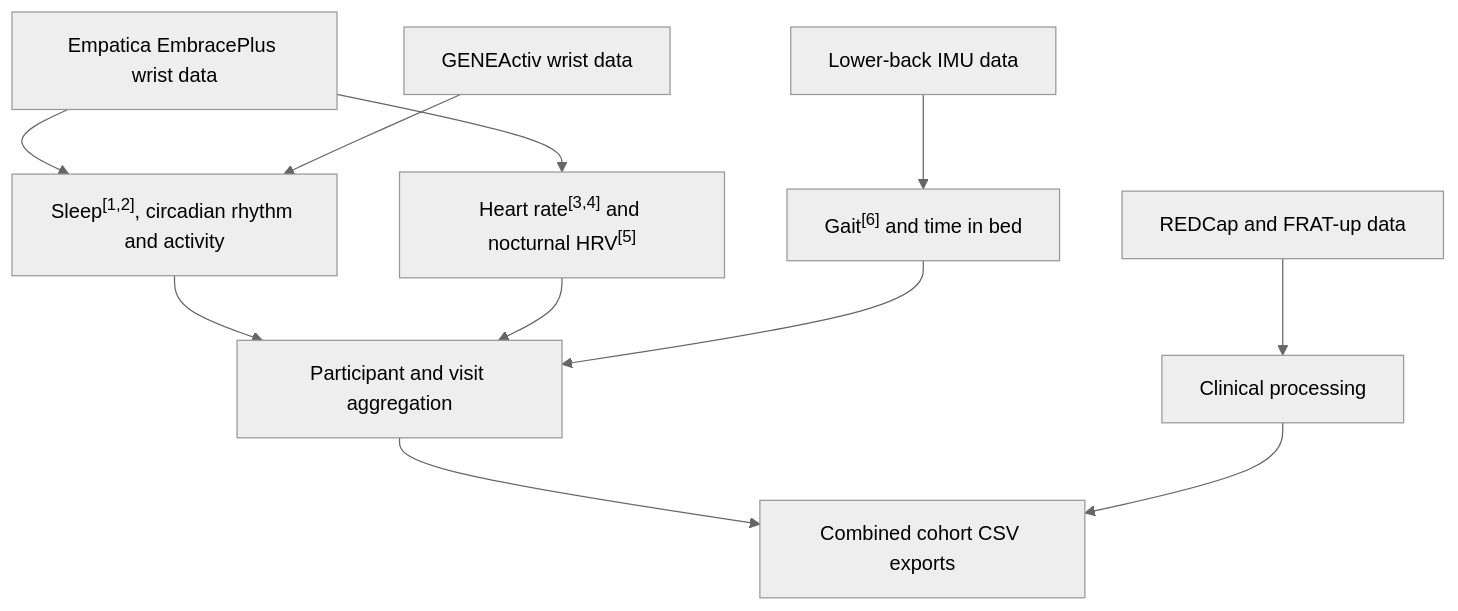
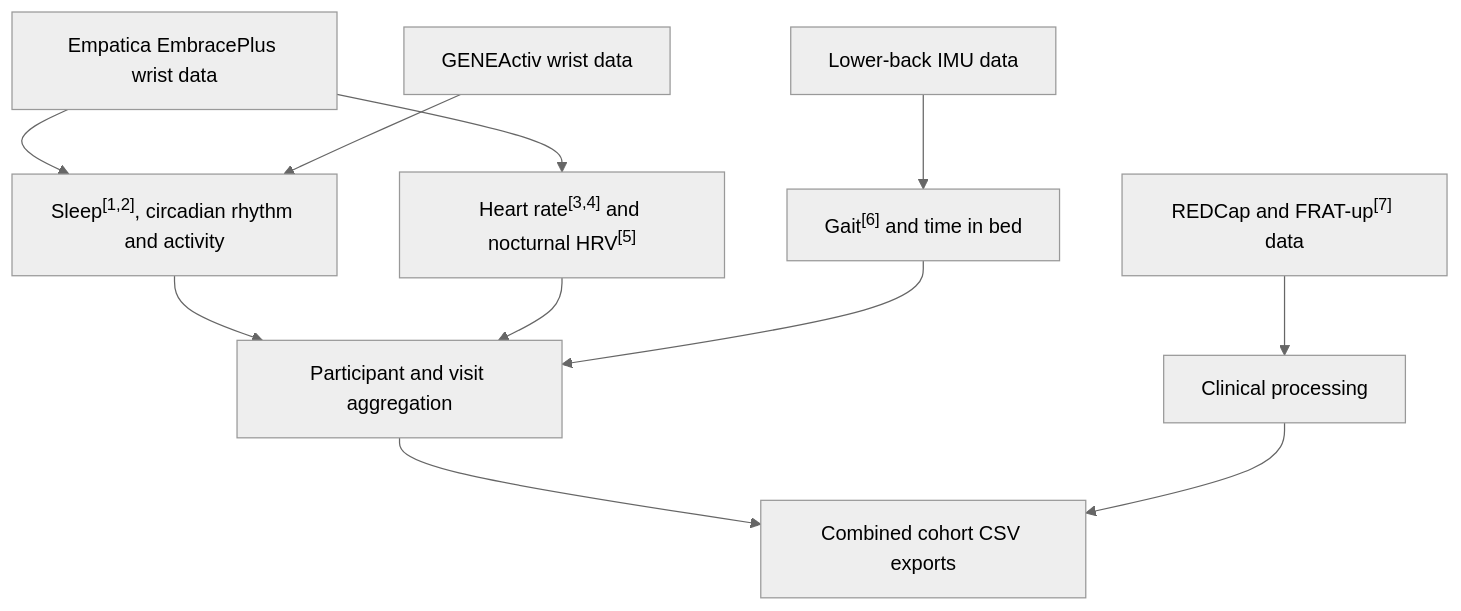
The diagram in README.md (marcellosicbaldi/DARE-wearable-pipelines), drawn with Mermaid (neutral theme) before and after one commit. The commit also changed other lines of this file, not shown here.

Commit message:
Add Cattelani FRAT-up citation to workflow and references

````diff
--- a/README.md
+++ b/README.md
@@ -25,13 +25,13 @@
 ```mermaid
 flowchart TD
     EMP["Empatica EmbracePlus wrist data"] --> WRIST["Sleep<sup>[1,2]</sup>, circadian rhythm and activity"]
     GEN["GENEActiv wrist data"] --> WRIST
     EMP --> CARDIO["Heart rate<sup>[3,4]</sup> and nocturnal HRV<sup>[5]</sup>"]
     IMU["Lower-back IMU data"] --> GAIT["Gait<sup>[6]</sup> and time in bed"]
     WRIST --> AGG["Participant and visit aggregation"]
     CARDIO --> AGG
     GAIT --> AGG
-    CLINICAL["REDCap and FRAT-up data"] --> CLIN["Clinical processing"]
+    CLINICAL["REDCap and FRAT-up<sup>[7]</sup> data"] --> CLIN["Clinical processing"]
     AGG --> EXPORT["Combined cohort CSV exports"]
     CLIN --> EXPORT
 ```
````
